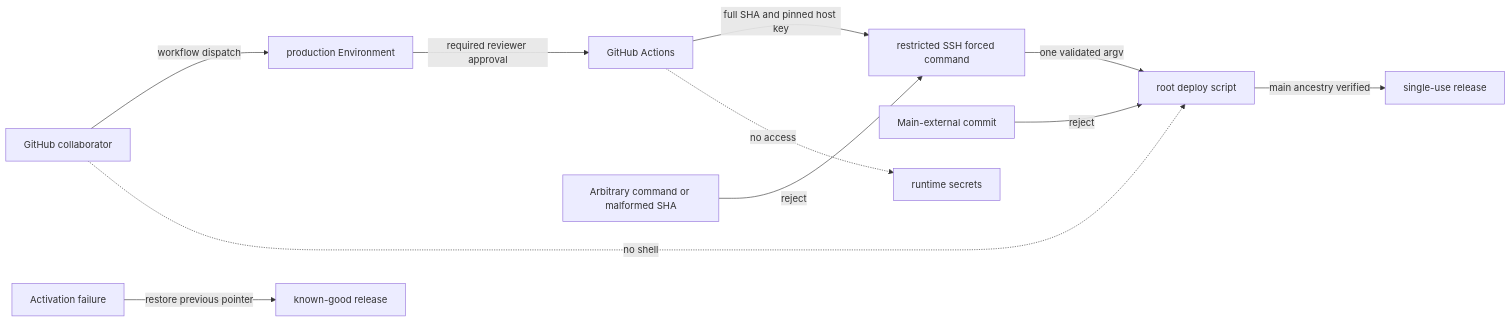
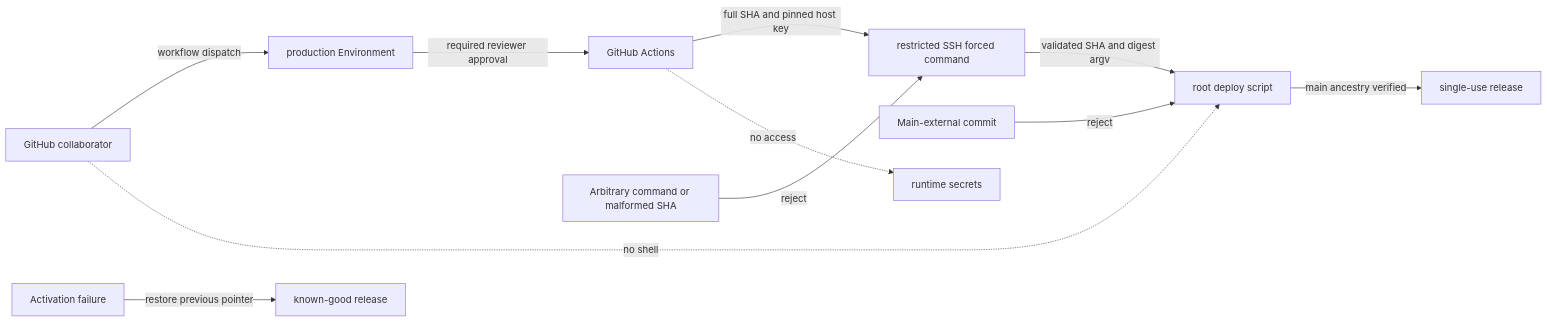
Before and after one commit to Unson-LLC/mana-runtime: the second of 2 diagrams in docs/specs/lightsail-deploy-workflow.md, drawn with Mermaid. The commit also changed other lines of this file and 12 other files, not shown here.

````diff
--- a/docs/specs/lightsail-deploy-workflow.md
+++ b/docs/specs/lightsail-deploy-workflow.md
@@ -72,13 +73,13 @@
 ```mermaid
 flowchart LR
   C[GitHub collaborator] -->|workflow dispatch| E[production Environment]
   E -->|required reviewer approval| A[GitHub Actions]
   A -->|full SHA and pinned host key| F[restricted SSH forced command]
-  F -->|one validated argv| D[root deploy script]
+  F -->|validated SHA and digest argv| D[root deploy script]
   D -->|main ancestry verified| R[single-use release]
   X[Arbitrary command or malformed SHA] -->|reject| F
   Y[Main-external commit] -->|reject| D
   Z[Activation failure] -->|restore previous pointer| P[known-good release]
   A -. no access .-> S[runtime secrets]
   C -. no shell .-> D
 ```
````
